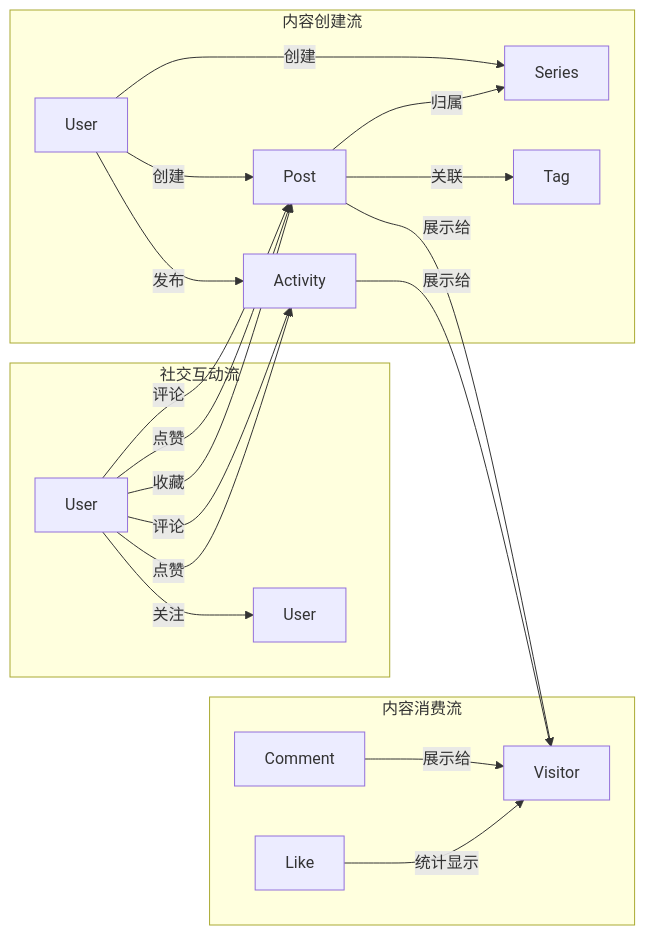
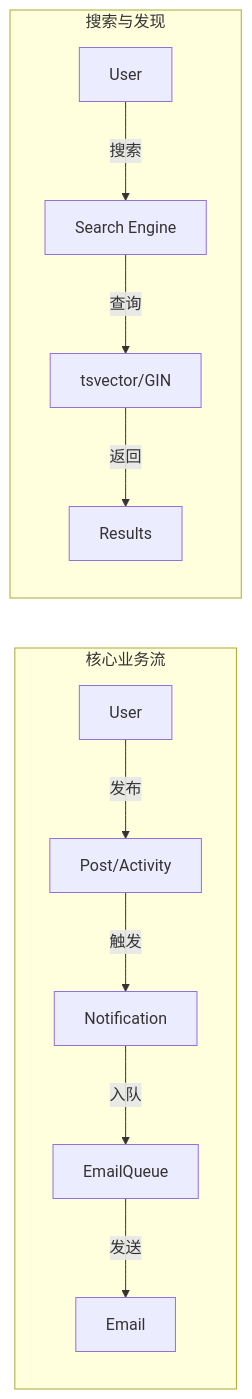
The tenth of 10 diagrams in docs/1-database/数据库实体关系图.md (yj147/jikns-blog), drawn with Mermaid before and after one commit. The commit also changed other lines of this file and 3 other files, not shown here.

````diff
--- a/docs/1-database/数据库实体关系图.md
+++ b/docs/1-database/数据库实体关系图.md
@@ -430,26 +613,15 @@
 ```mermaid
 graph LR
-    subgraph "内容创建流"
-        U1[User] -->|创建| P1[Post]
-        U1 -->|创建| S1[Series]
-        U1 -->|发布| A1[Activity]
-        P1 -->|归属| S1
-        P1 -->|关联| T1[Tag]
+    subgraph "核心业务流"
+        U1[User] -->|发布| P1[Post/Activity]
+        P1 -->|触发| N1[Notification]
+        N1 -->|入队| Q1[EmailQueue]
+        Q1 -->|发送| E1[Email]
     end
 
-    subgraph "社交互动流"
-        U2[User] -->|关注| U3[User]
-        U2 -->|评论| P1
-        U2 -->|评论| A1
-        U2 -->|点赞| P1
-        U2 -->|点赞| A1
-        U2 -->|收藏| P1
-    end
-
-    subgraph "内容消费流"
-        P1 -->|展示给| U4[Visitor]
-        A1 -->|展示给| U4
-        C1[Comment] -->|展示给| U4
-        L1[Like] -->|统计显示| U4
+    subgraph "搜索与发现"
+        U2[User] -->|搜索| S1[Search Engine]
+        S1 -->|查询| V1[tsvector/GIN]
+        V1 -->|返回| R1[Results]
     end
 ```
````
